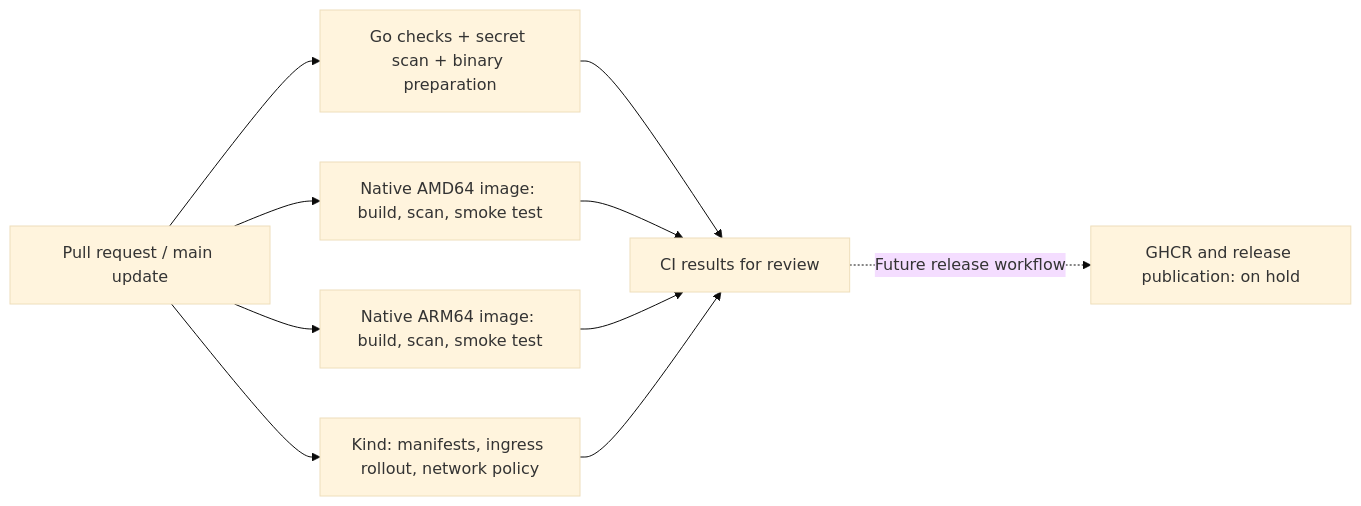
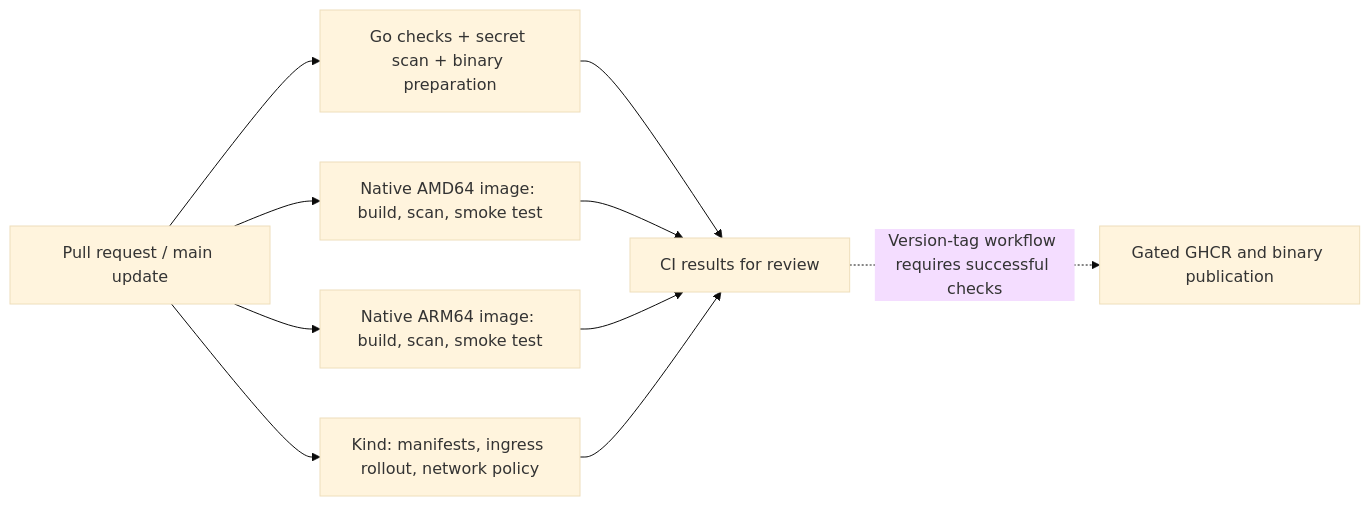
Before and after one commit to LiatSchulz/echo-pong: the diagram in docs/CI.md, drawn with Mermaid (base theme). The commit also changed other lines of this file and 7 other files, not shown here.

````diff
--- a/docs/CI.md
+++ b/docs/CI.md
@@ -8,12 +8,12 @@
 ```mermaid
 flowchart LR
     Change["Pull request / main update"] --> Source["Go checks + secret scan + binary preparation"]
     Change --> AMD["Native AMD64 image: build, scan, smoke test"]
     Change --> ARM["Native ARM64 image: build, scan, smoke test"]
     Change --> Kind["Kind: manifests, ingress rollout, network policy"]
     Source --> Review["CI results for review"]
     AMD --> Review
     ARM --> Review
     Kind --> Review
-    Review -. "Future release workflow" .-> Hold["GHCR and release publication: on hold"]
+    Review -. "Version-tag workflow requires successful checks" .-> Release["Gated GHCR and binary publication"]
 ```
````
